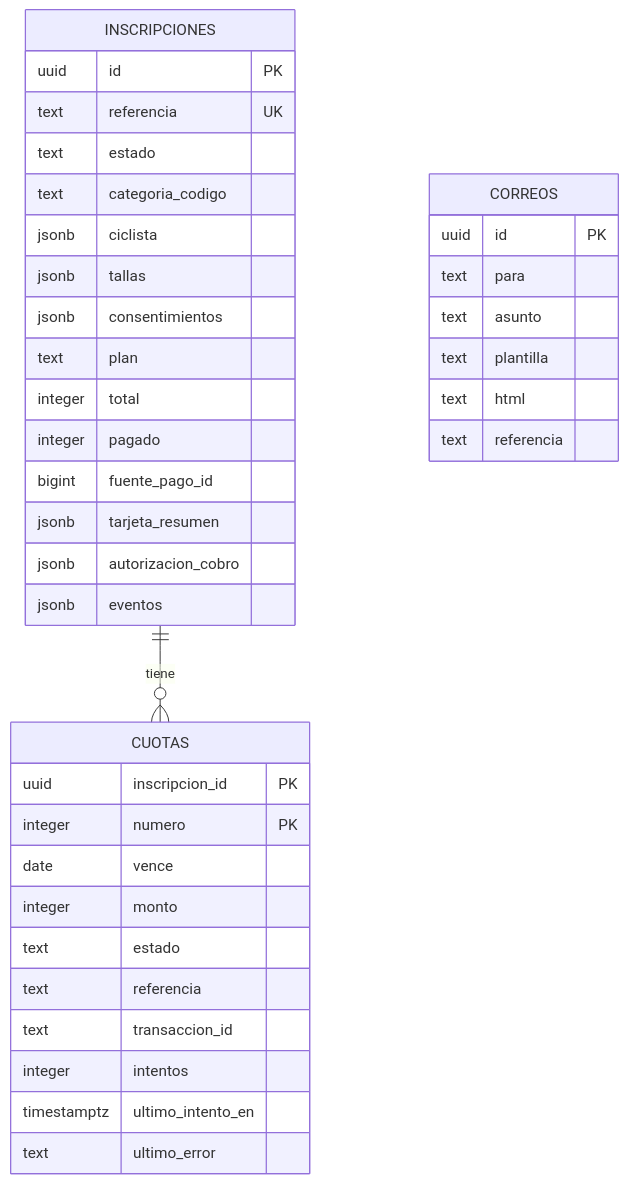
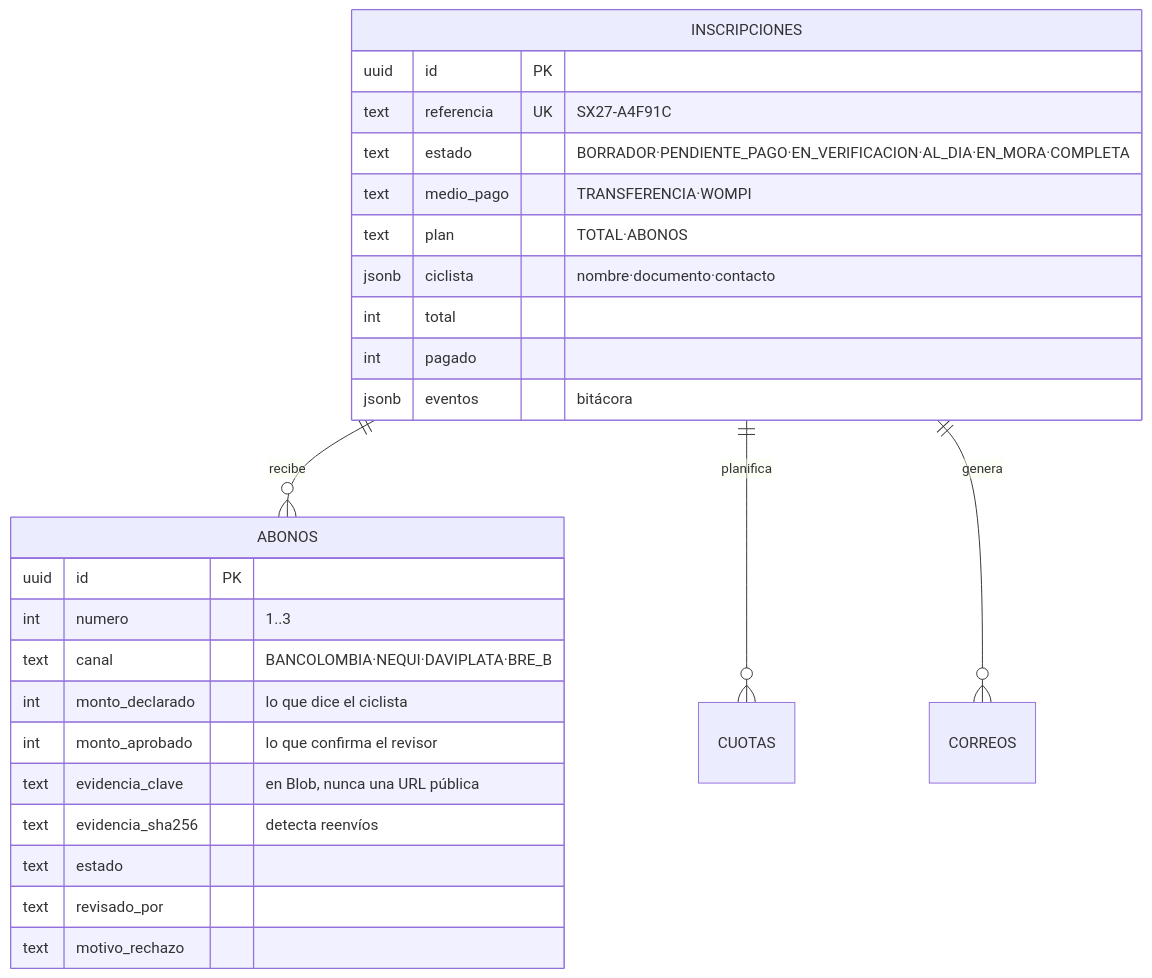
Before and after one commit to davideliaspalacio/cycling-web: the fifth of 5 diagrams in README.md, drawn with Mermaid. The commit also changed other lines of this file and 4 other files, not shown here.

First line of the commit message:
docs: README del pago manual y las decisiones que tomé sin el cliente

````diff
--- a/README.md
+++ b/README.md
@@ -205,40 +191,30 @@
 ```mermaid
 erDiagram
-    INSCRIPCIONES ||--o{ CUOTAS : tiene
-    INSCRIPCIONES {
-        uuid id PK
-        text referencia UK
-        text estado
-        text categoria_codigo
-        jsonb ciclista
-        jsonb tallas
-        jsonb consentimientos
-        text plan
-        integer total
-        integer pagado
-        bigint fuente_pago_id
-        jsonb tarjeta_resumen
-        jsonb autorizacion_cobro
-        jsonb eventos
-    }
-    CUOTAS {
-        uuid inscripcion_id PK
-        integer numero PK
-        date vence
-        integer monto
-        text estado
-        text referencia
-        text transaccion_id
-        integer intentos
-        timestamptz ultimo_intento_en
-        text ultimo_error
-    }
-    CORREOS {
-        uuid id PK
-        text para
-        text asunto
-        text plantilla
-        text html
-        text referencia
-    }
+  INSCRIPCIONES ||--o{ ABONOS : "recibe"
+  INSCRIPCIONES ||--o{ CUOTAS : "planifica"
+  INSCRIPCIONES ||--o{ CORREOS : "genera"
+
+  INSCRIPCIONES {
+    uuid id PK
+    text referencia UK "SX27-A4F91C"
+    text estado "BORRADOR·PENDIENTE_PAGO·EN_VERIFICACION·AL_DIA·EN_MORA·COMPLETA"
+    text medio_pago "TRANSFERENCIA·WOMPI"
+    text plan "TOTAL·ABONOS"
+    jsonb ciclista "nombre·documento·contacto"
+    int total
+    int pagado
+    jsonb eventos "bitácora"
+  }
+  ABONOS {
+    uuid id PK
+    int numero "1..3"
+    text canal "BANCOLOMBIA·NEQUI·DAVIPLATA·BRE_B"
+    int monto_declarado "lo que dice el ciclista"
+    int monto_aprobado "lo que confirma el revisor"
+    text evidencia_clave "en Blob, nunca una URL pública"
+    text evidencia_sha256 "detecta reenvíos"
+    text estado
+    text revisado_por
+    text motivo_rechazo
+  }
 ```
````
